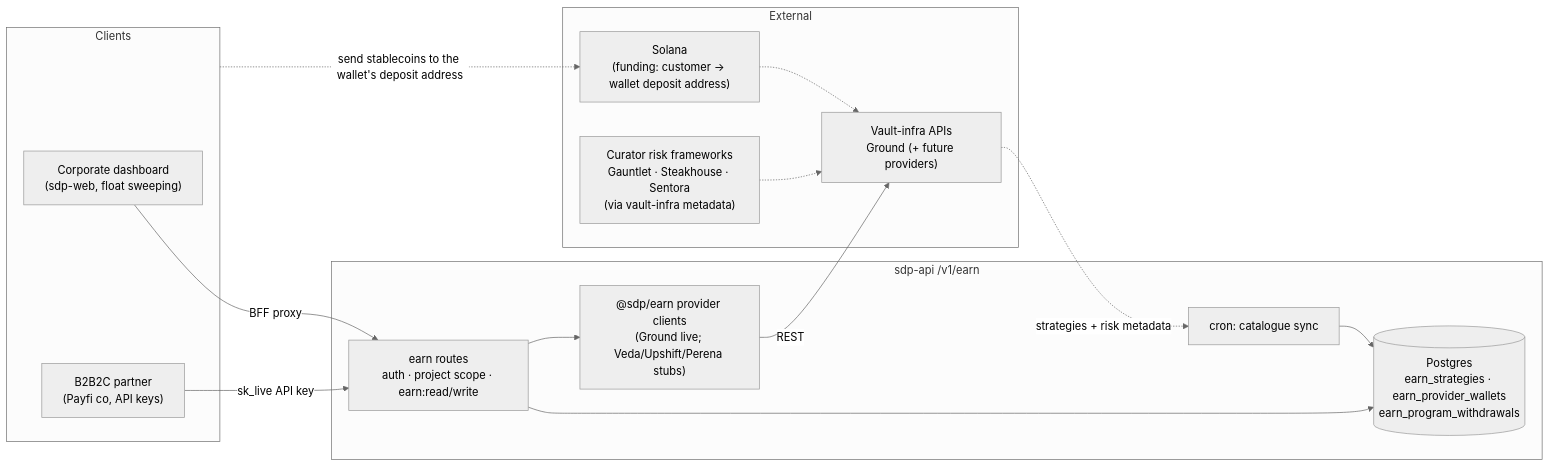
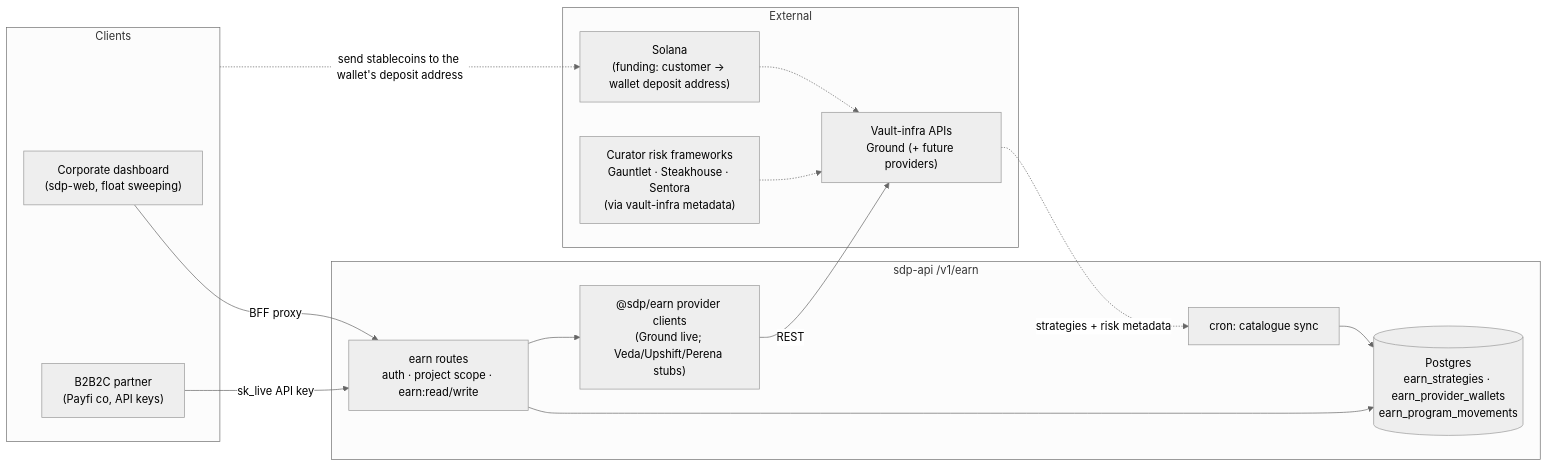
The first of 2 diagrams in docs/architecture/earn-v1-data-flow.md (solana-foundation/solana-developer-platform), drawn with Mermaid (neutral theme) before and after one commit. The commit also changed other lines of this file and 33 other files, not shown here.

````diff
--- a/docs/architecture/earn-v1-data-flow.md
+++ b/docs/architecture/earn-v1-data-flow.md
@@ -15,31 +15,31 @@
 ```mermaid
 flowchart LR
     subgraph Clients
         DASH["Corporate dashboard<br/>(sdp-web, float sweeping)"]
         PARTNER["B2B2C partner<br/>(Payfi co, API keys)"]
     end
 
     subgraph SDP["sdp-api  /v1/earn"]
         ROUTES["earn routes<br/>auth · project scope · earn:read/write"]
         SVC["@sdp/earn provider clients<br/>(Ground live; Veda/Upshift/Perena stubs)"]
-        DB[("Postgres<br/>earn_strategies · earn_provider_wallets<br/>earn_program_withdrawals")]
+        DB[("Postgres<br/>earn_strategies · earn_provider_wallets<br/>earn_program_movements")]
         CRON["cron: catalogue sync"]
     end
 
     subgraph External
         VAULT["Vault-infra APIs<br/>Ground (+ future providers)"]
         CHAIN["Solana<br/>(funding: customer → wallet deposit address)"]
         CURATOR["Curator risk frameworks<br/>Gauntlet · Steakhouse · Sentora<br/>(via vault-infra metadata)"]
     end
 
     DASH -->|BFF proxy| ROUTES
     PARTNER -->|sk_live API key| ROUTES
     ROUTES --> DB
     ROUTES --> SVC
     SVC -->|REST| VAULT
     VAULT -.->|strategies + risk metadata| CRON
     CURATOR -.-> VAULT
     CRON --> DB
     Clients -.->|send stablecoins to the wallet's deposit address| CHAIN
     CHAIN -.-> VAULT
 ```
````
